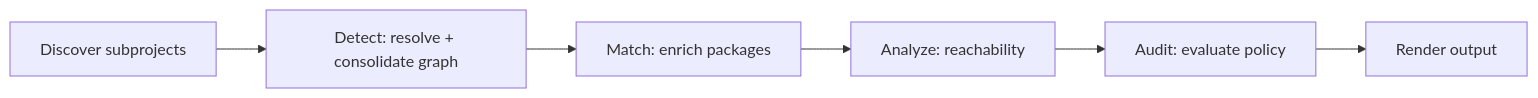
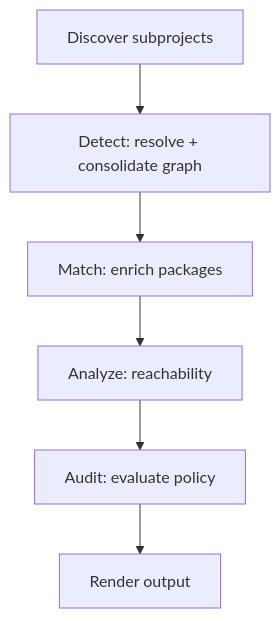
The first of 2 diagrams in docs/ARCHITECTURE.md (bomly-dev/bomly-cli), drawn with Mermaid before and after one commit. The commit also changed other lines of this file and 1 other file, not shown here.

First line of the commit message:
Improve architecture documentation diagrams (#193)

````diff
--- a/docs/ARCHITECTURE.md
+++ b/docs/ARCHITECTURE.md
@@ -22,11 +22,11 @@
 ```mermaid
-flowchart LR
+flowchart TD
     A[Discover subprojects]
     B[Detect: resolve + consolidate graph]
     C[Match: enrich packages]
     D[Analyze: reachability]
     E[Audit: evaluate policy]
     F[Render output]
 
     A --> B --> C --> D --> E --> F
 ```
````
